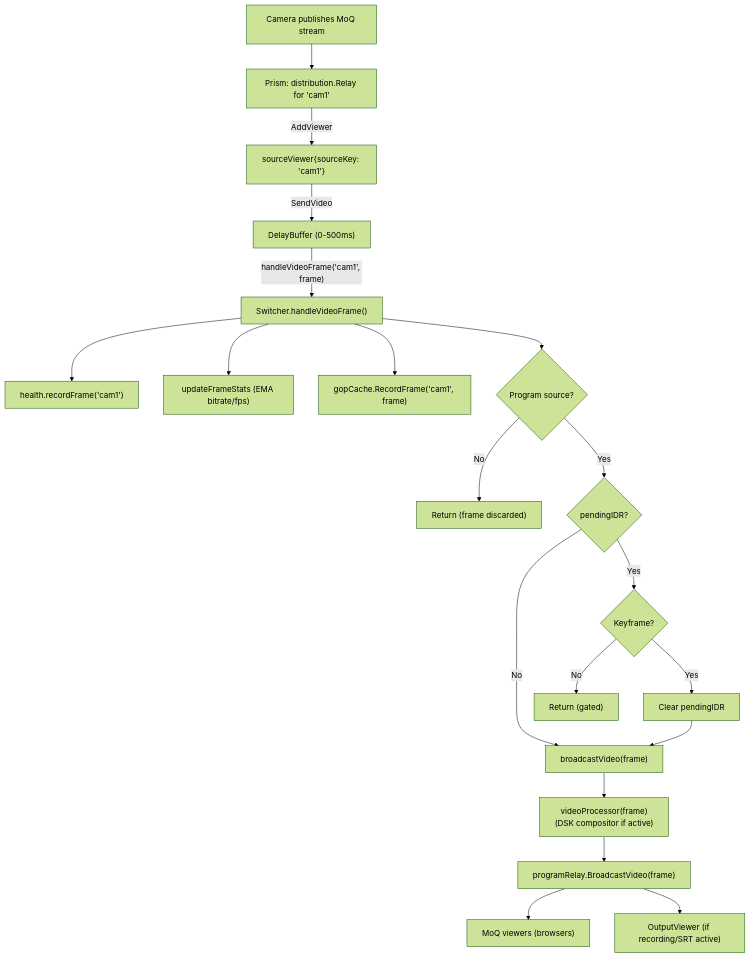
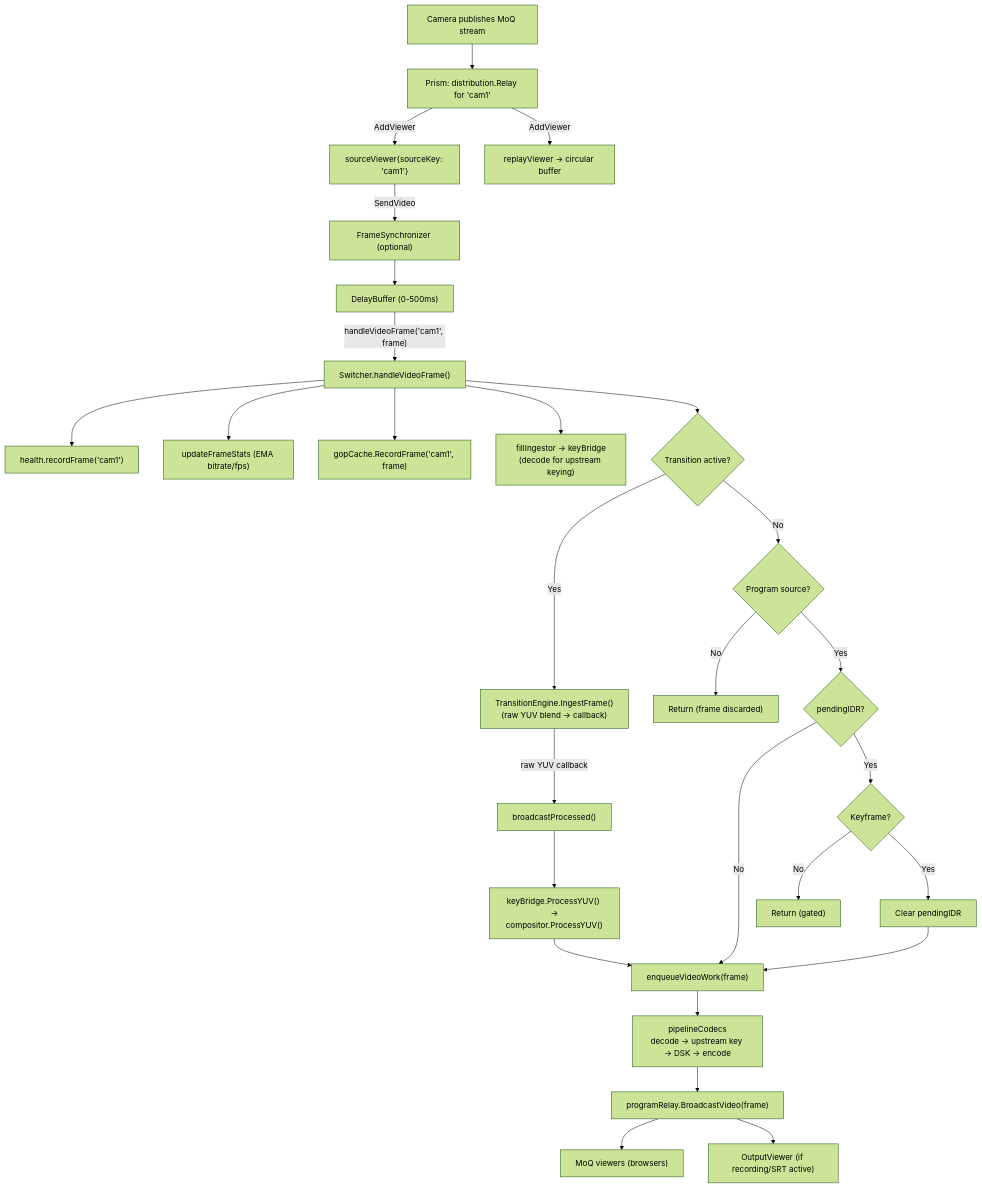
Diagram 19 of 22 in docs/architecture.md (zsiec/switchframe), drawn with Mermaid (forest theme) before and after one commit. The commit also changed other lines of this file and 3 other files, not shown here.

First line of the commit message:
Docs: add source position, stinger & YUV pipeline

````diff
--- a/docs/architecture.md
+++ b/docs/architecture.md
@@ -976,24 +1060,33 @@
 ```mermaid
 flowchart TD
     pub["Camera publishes MoQ stream"] --> relay["Prism: distribution.Relay for 'cam1'"]
     relay -->|AddViewer| sv["sourceViewer{sourceKey: 'cam1'}"]
-    sv -->|SendVideo| delay["DelayBuffer (0-500ms)"]
+    relay -->|AddViewer| rv["replayViewer → circular buffer"]
+    sv -->|SendVideo| fs["FrameSynchronizer (optional)"]
+    fs --> delay["DelayBuffer (0-500ms)"]
     delay -->|"handleVideoFrame('cam1', frame)"| hvf["Switcher.handleVideoFrame()"]
 
     hvf --> health["health.recordFrame('cam1')"]
     hvf --> stats["updateFrameStats (EMA bitrate/fps)"]
     hvf --> gop["gopCache.RecordFrame('cam1', frame)"]
+    hvf --> fill["fillIngestor → keyBridge<br/>(decode for upstream keying)"]
 
-    hvf --> pgm{"Program source?"}
+    hvf --> trans{"Transition active?"}
+    trans -->|Yes| te["TransitionEngine.IngestFrame()<br/>(raw YUV blend → callback)"]
+    trans -->|No| pgm{"Program source?"}
     pgm -->|No| discard["Return (frame discarded)"]
     pgm -->|Yes| idr{"pendingIDR?"}
-    idr -->|No| bv["broadcastVideo(frame)"]
+    idr -->|No| bv["enqueueVideoWork(frame)"]
     idr -->|Yes| kf{"Keyframe?"}
     kf -->|No| gate["Return (gated)"]
     kf -->|Yes| clear["Clear pendingIDR"] --> bv
 
-    bv --> vp["videoProcessor(frame)<br/>(DSK compositor if active)"]
-    vp --> broadcast["programRelay.BroadcastVideo(frame)"]
+    te -->|"raw YUV callback"| proc["broadcastProcessed()"]
+    proc --> keycomp["keyBridge.ProcessYUV() →<br/>compositor.ProcessYUV()"]
+    keycomp --> bv
+
+    bv --> pipeline["pipelineCodecs<br/>decode → upstream key → DSK → encode"]
+    pipeline --> broadcast["programRelay.BroadcastVideo(frame)"]
     broadcast --> browsers["MoQ viewers (browsers)"]
     broadcast --> output["OutputViewer (if recording/SRT active)"]
 ```
````
